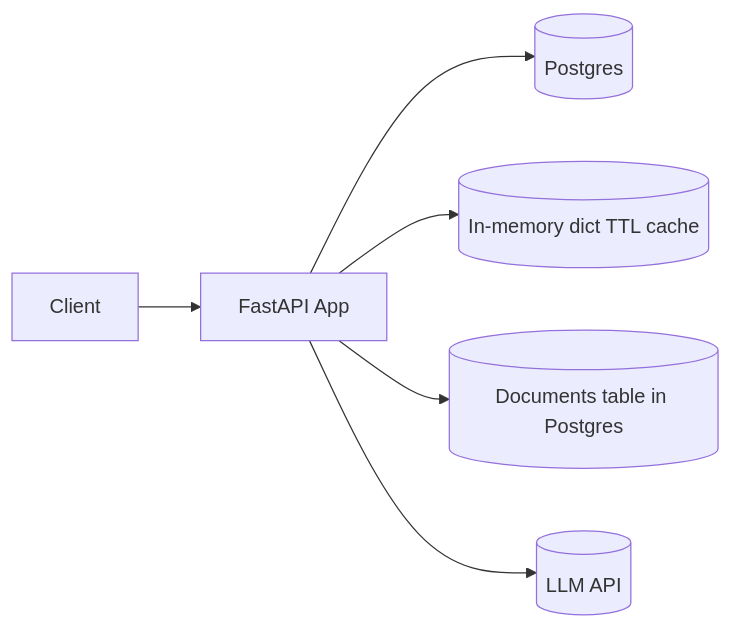
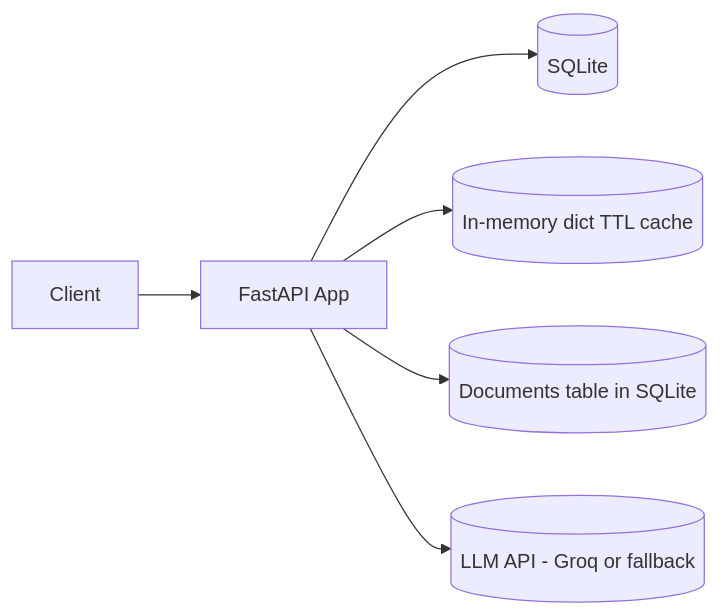
Before and after one commit to Rishabh1106/test-repo: the second of 7 diagrams in README.md, drawn with Mermaid. The commit also changed other lines of this file, not shown here.

````diff
--- a/README.md
+++ b/README.md
@@ -34,8 +27,8 @@
 ```mermaid
 flowchart LR
-  A[Client] --> C[FastAPI App]
-  C --> D[(Postgres)]
-  C --> E[(In-memory dict TTL cache)]
-  C --> DOC[(Documents table in Postgres)]
-  C --> G[(LLM API)]
+  Client --> API[FastAPI App]
+  API --> DB[(SQLite)]
+  API --> Cache[(In-memory dict TTL cache)]
+  API --> DOC[(Documents table in SQLite)]
+  API --> LLM[(LLM API - Groq or fallback)]
 ```
````
